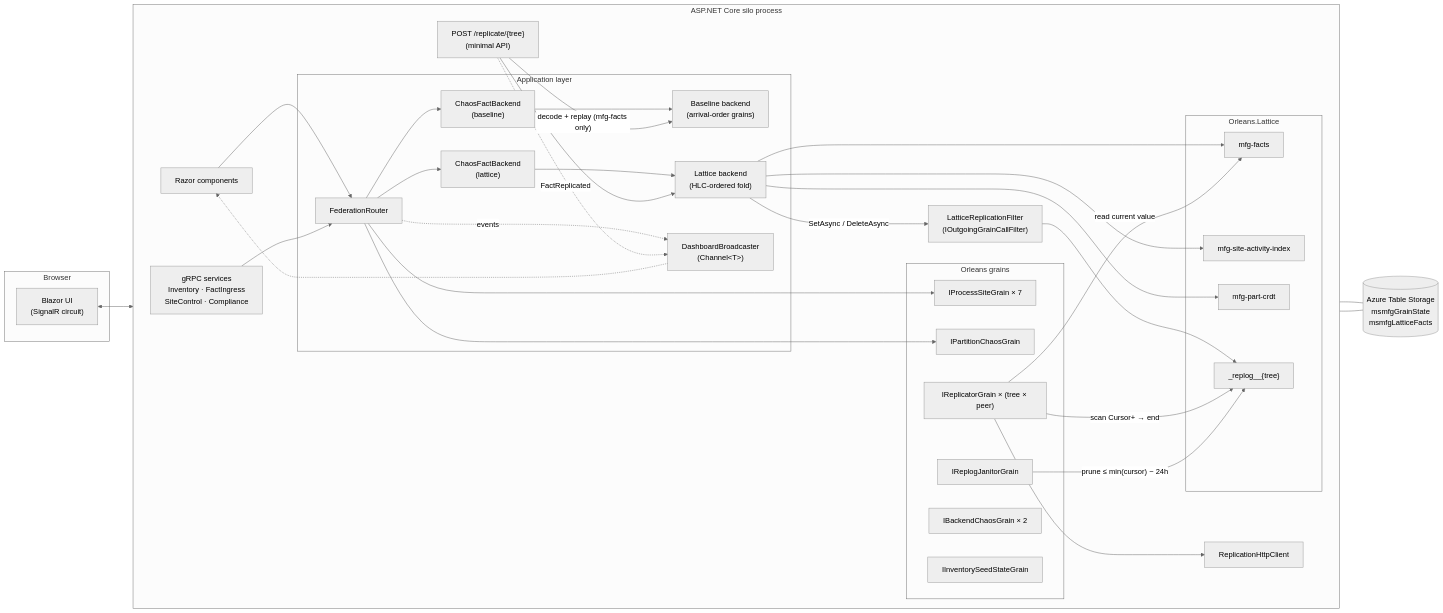
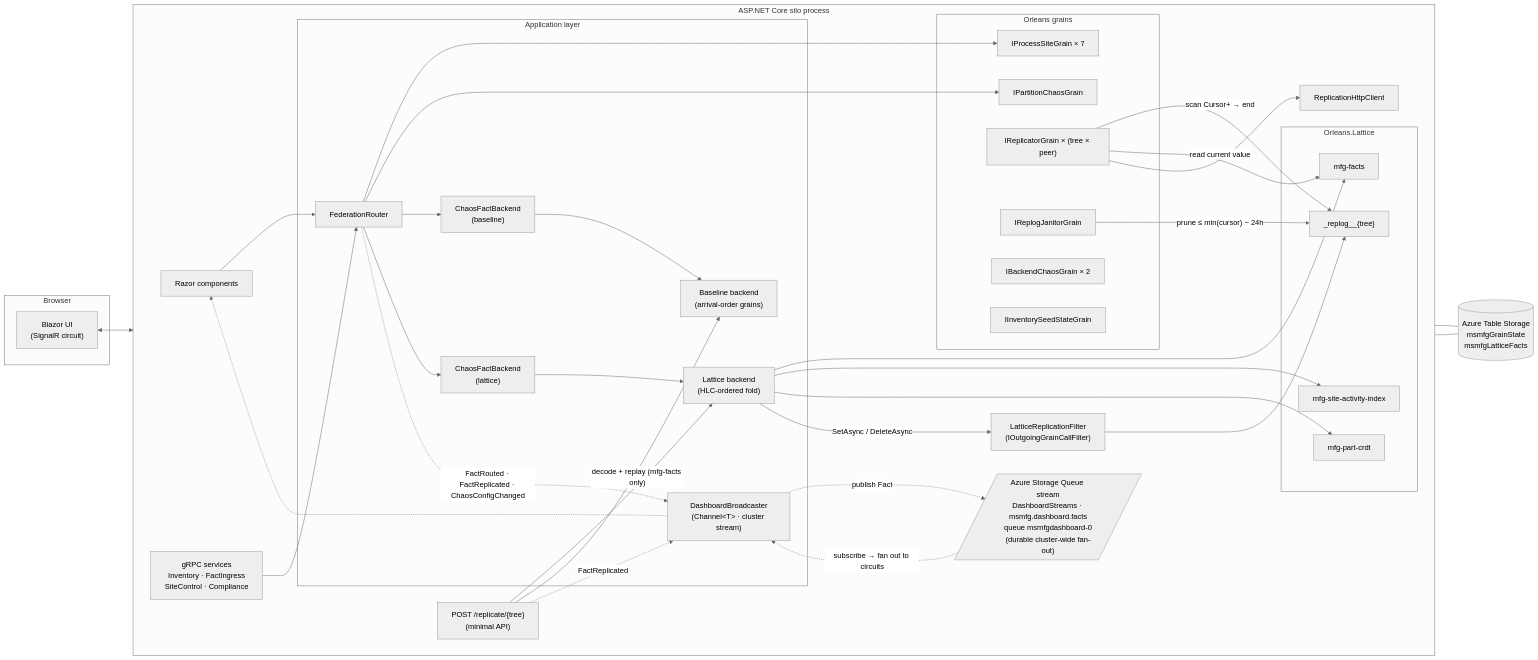
Before and after one commit to NSTA1/Orleans.Lattice: the second of 5 diagrams in samples/MultiSiteManufacturing/architecture.md, drawn with Mermaid (neutral theme). The commit also changed other lines of this file and 7 other files, not shown here.

Commit message:
stream-backed live dashboard updates

````diff
--- a/samples/MultiSiteManufacturing/architecture.md
+++ b/samples/MultiSiteManufacturing/architecture.md
@@ -117,72 +117,75 @@
 ```mermaid
 flowchart LR
     subgraph browser["Browser"]
         ui["Blazor UI<br/>(SignalR circuit)"]
     end
 
     subgraph silo["ASP.NET Core silo process"]
         direction LR
         razor["Razor components"]
         grpc["gRPC services<br/>Inventory · FactIngress<br/>SiteControl · Compliance"]
 
         subgraph app["Application layer"]
             router["FederationRouter"]
             chaosBase["ChaosFactBackend<br/>(baseline)"]
             chaosLat["ChaosFactBackend<br/>(lattice)"]
             baseBE["Baseline backend<br/>(arrival-order grains)"]
             latBE["Lattice backend<br/>(HLC-ordered fold)"]
-            broadcaster["DashboardBroadcaster<br/>(Channel&lt;T&gt;)"]
+            broadcaster["DashboardBroadcaster<br/>(Channel&lt;T&gt; · cluster stream)"]
         end
 
         subgraph orleans["Orleans grains"]
             siteG["IProcessSiteGrain × 7"]
             backG["IBackendChaosGrain × 2"]
             partG["IPartitionChaosGrain"]
             replG["IReplicatorGrain × (tree × peer)"]
             janG["IReplogJanitorGrain"]
             seedG["IInventorySeedStateGrain"]
         end
 
         subgraph lattice["Orleans.Lattice"]
             facts["mfg-facts"]
             siteIdx["mfg-site-activity-index"]
             crdt["mfg-part-crdt"]
             replog["_replog__{tree}"]
         end
 
         filter["LatticeReplicationFilter<br/>(IOutgoingGrainCallFilter)"]
         repClient["ReplicationHttpClient"]
         inbound["POST /replicate/{tree}<br/>(minimal API)"]
+        dashStream[/"Azure Storage Queue stream<br/>DashboardStreams · msmfg.dashboard.facts<br/>queue msmfgdashboard-0<br/>(durable cluster-wide fan-out)"/]
     end
 
     tables[("Azure Table Storage<br/>msmfgGrainState<br/>msmfgLatticeFacts")]
 
     ui <--> razor
     razor --> router
     grpc --> router
     router --> siteG
     router --> partG
     router --> chaosBase
     router --> chaosLat
     chaosBase --> baseBE
     chaosLat --> latBE
     latBE --> facts
     latBE --> siteIdx
     latBE --> crdt
-    router -.->|"events"| broadcaster
+    router -.->|"FactRouted · FactReplicated · ChaosConfigChanged"| broadcaster
+    broadcaster -.->|"publish Fact"| dashStream
+    dashStream -.->|"subscribe → fan out to circuits"| broadcaster
     broadcaster -.-> razor
 
     latBE -->|"SetAsync / DeleteAsync"| filter
     filter --> replog
     replG -->|"scan Cursor+ → end"| replog
     replG -->|"read current value"| facts
     replG --> repClient
     janG -->|"prune ≤ min(cursor) − 24h"| replog
 
     inbound --> latBE
     inbound -->|"decode + replay (mfg-facts only)"| baseBE
     inbound -.->|"FactReplicated"| broadcaster
 
     orleans --- tables
     lattice --- tables
 ```
````
